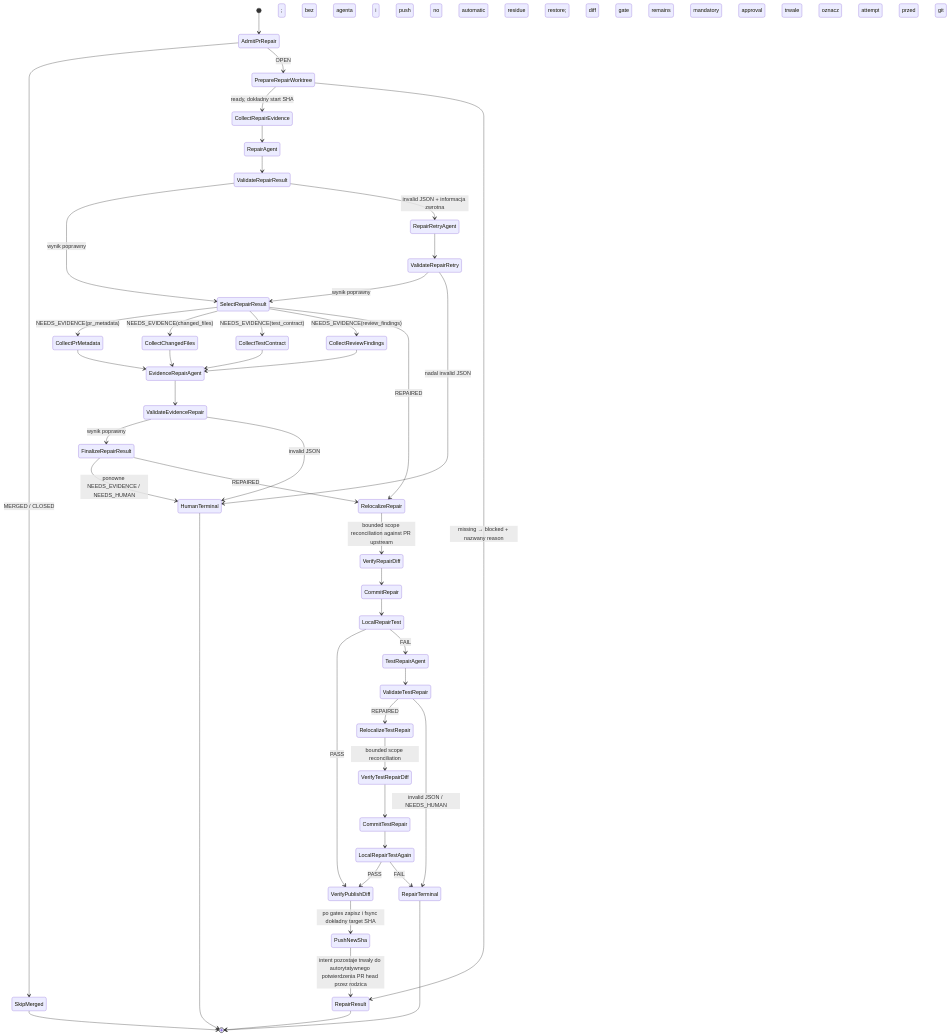
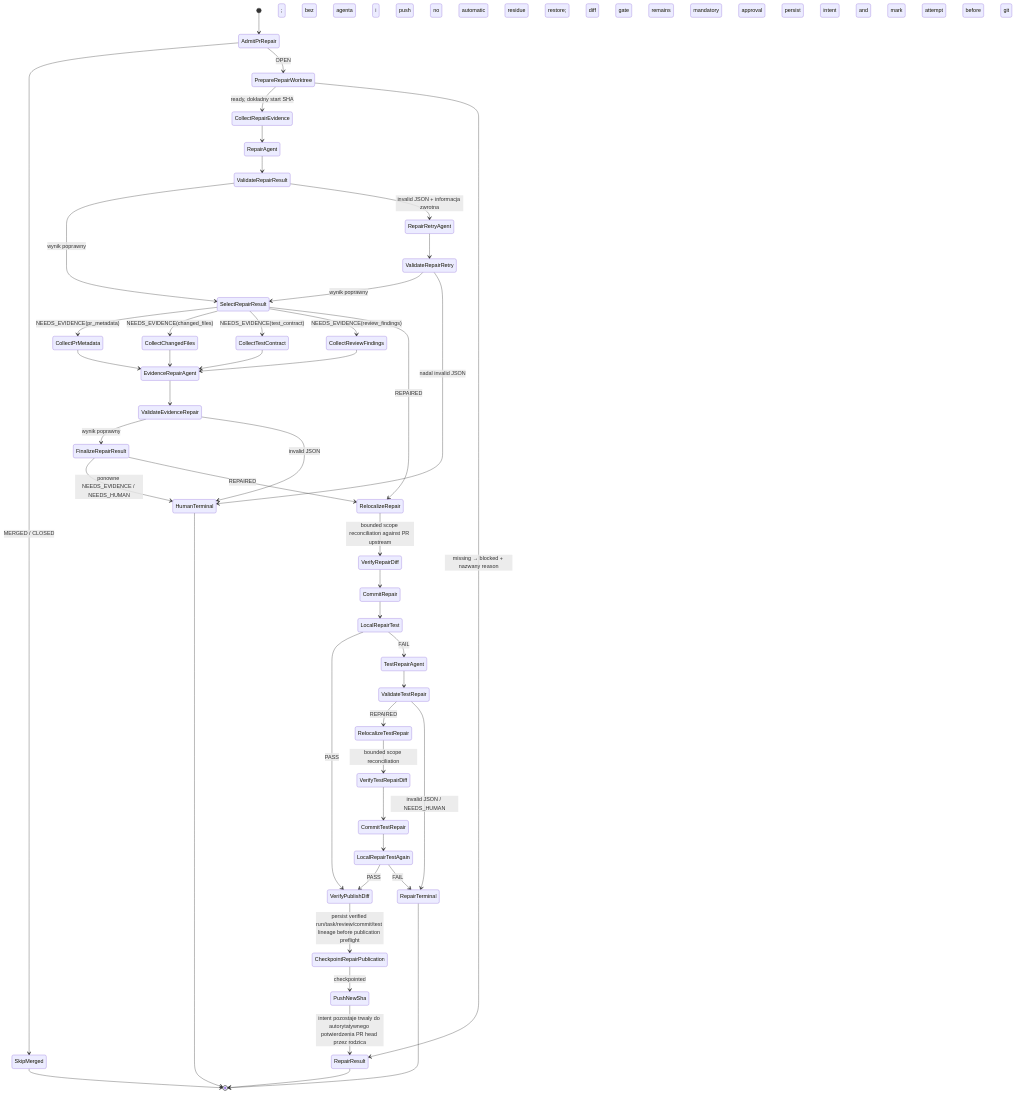
One commit to mikolaj92/lokay changed diagram 45 of 46 in README.md. Above: the diagram before and after it, drawn with Mermaid. The commit also changed other lines of this file and 76 other files, not shown here.

First line of the commit message:
fix: reconcile failed repair push intents without blocking unrelated PRs

````diff
--- a/README.md
+++ b/README.md
@@ -1523,48 +1541,49 @@
 ```mermaid
 stateDiagram-v2
     [*] --> AdmitPrRepair
     AdmitPrRepair --> SkipMerged: MERGED / CLOSED
     SkipMerged --> [*]
     AdmitPrRepair --> PrepareRepairWorktree: OPEN
     PrepareRepairWorktree --> CollectRepairEvidence: ready, dokładny start SHA
     PrepareRepairWorktree --> RepairResult: missing → blocked + nazwany reason; bez agenta i push
     CollectRepairEvidence --> RepairAgent
     RepairAgent --> ValidateRepairResult
     ValidateRepairResult --> SelectRepairResult: wynik poprawny
     ValidateRepairResult --> RepairRetryAgent: invalid JSON + informacja zwrotna
     RepairRetryAgent --> ValidateRepairRetry
     ValidateRepairRetry --> SelectRepairResult: wynik poprawny
     ValidateRepairRetry --> HumanTerminal: nadal invalid JSON
     SelectRepairResult --> CollectPrMetadata: NEEDS_EVIDENCE(pr_metadata)
     SelectRepairResult --> CollectChangedFiles: NEEDS_EVIDENCE(changed_files)
     SelectRepairResult --> CollectTestContract: NEEDS_EVIDENCE(test_contract)
     SelectRepairResult --> CollectReviewFindings: NEEDS_EVIDENCE(review_findings)
     CollectPrMetadata --> EvidenceRepairAgent
     CollectChangedFiles --> EvidenceRepairAgent
     CollectTestContract --> EvidenceRepairAgent
     CollectReviewFindings --> EvidenceRepairAgent
     EvidenceRepairAgent --> ValidateEvidenceRepair
     ValidateEvidenceRepair --> FinalizeRepairResult: wynik poprawny
     ValidateEvidenceRepair --> HumanTerminal: invalid JSON
     FinalizeRepairResult --> HumanTerminal: ponowne NEEDS_EVIDENCE / NEEDS_HUMAN
     SelectRepairResult --> RelocalizeRepair: REPAIRED
     FinalizeRepairResult --> RelocalizeRepair: REPAIRED
     RelocalizeRepair --> VerifyRepairDiff: bounded scope reconciliation against PR upstream; no automatic residue restore; diff gate remains mandatory
     VerifyRepairDiff --> CommitRepair
     CommitRepair --> LocalRepairTest
     LocalRepairTest --> VerifyPublishDiff: PASS
     LocalRepairTest --> TestRepairAgent: FAIL
     TestRepairAgent --> ValidateTestRepair
     ValidateTestRepair --> RelocalizeTestRepair: REPAIRED
     RelocalizeTestRepair --> VerifyTestRepairDiff: bounded scope reconciliation; no automatic approval
     ValidateTestRepair --> RepairTerminal: invalid JSON / NEEDS_HUMAN
     VerifyTestRepairDiff --> CommitTestRepair
     CommitTestRepair --> LocalRepairTestAgain
     LocalRepairTestAgain --> VerifyPublishDiff: PASS
     LocalRepairTestAgain --> RepairTerminal: FAIL
-    VerifyPublishDiff --> PushNewSha: po gates zapisz i fsync dokładny target SHA; trwale oznacz attempt przed git push
+    VerifyPublishDiff --> CheckpointRepairPublication: persist verified run/task/review/commit/test lineage before publication preflight
+    CheckpointRepairPublication --> PushNewSha: checkpointed; persist intent and mark attempt before git push
     PushNewSha --> RepairResult: intent pozostaje trwały do autorytatywnego potwierdzenia PR head przez rodzica
     RepairResult --> [*]
     HumanTerminal --> [*]
     RepairTerminal --> [*]
 ```
````
